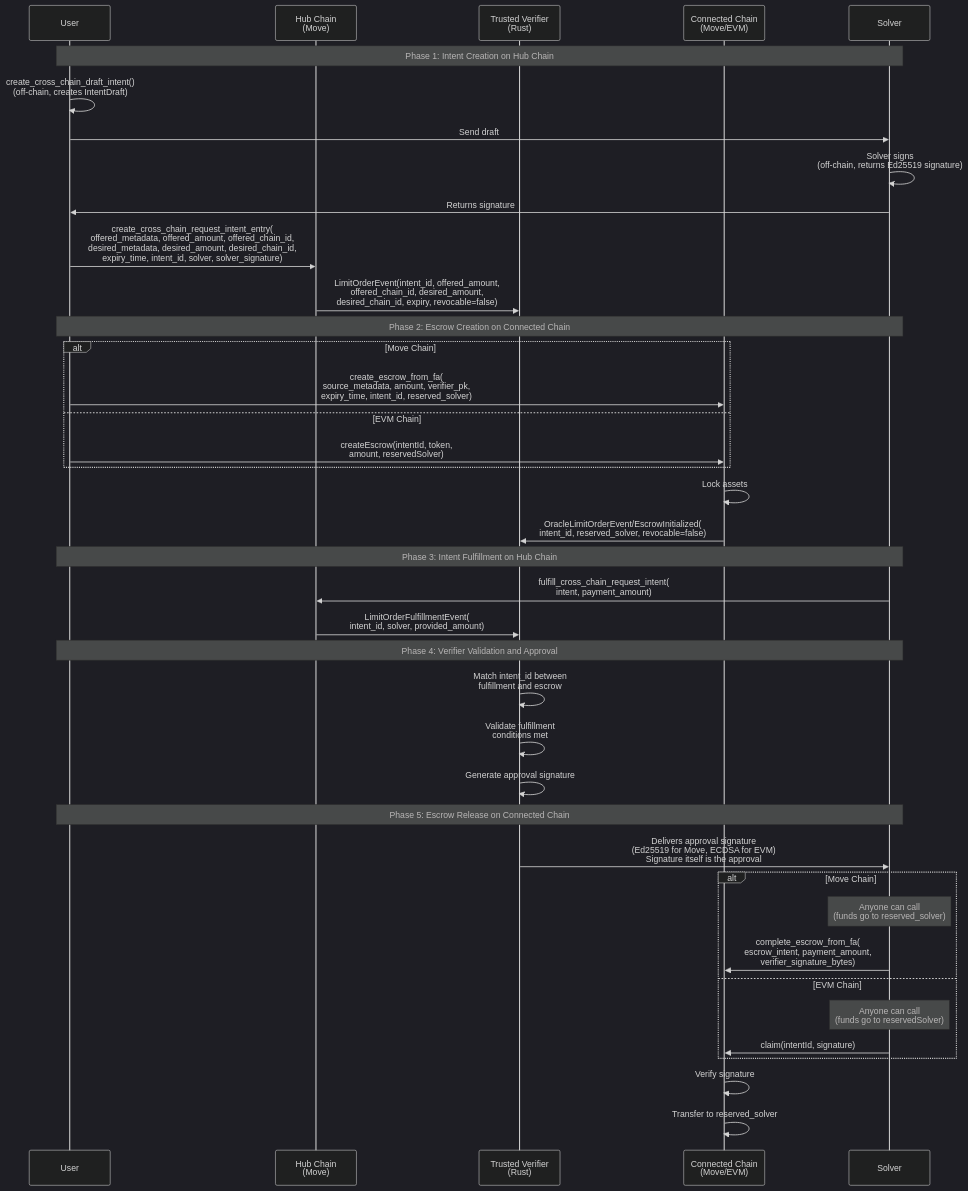
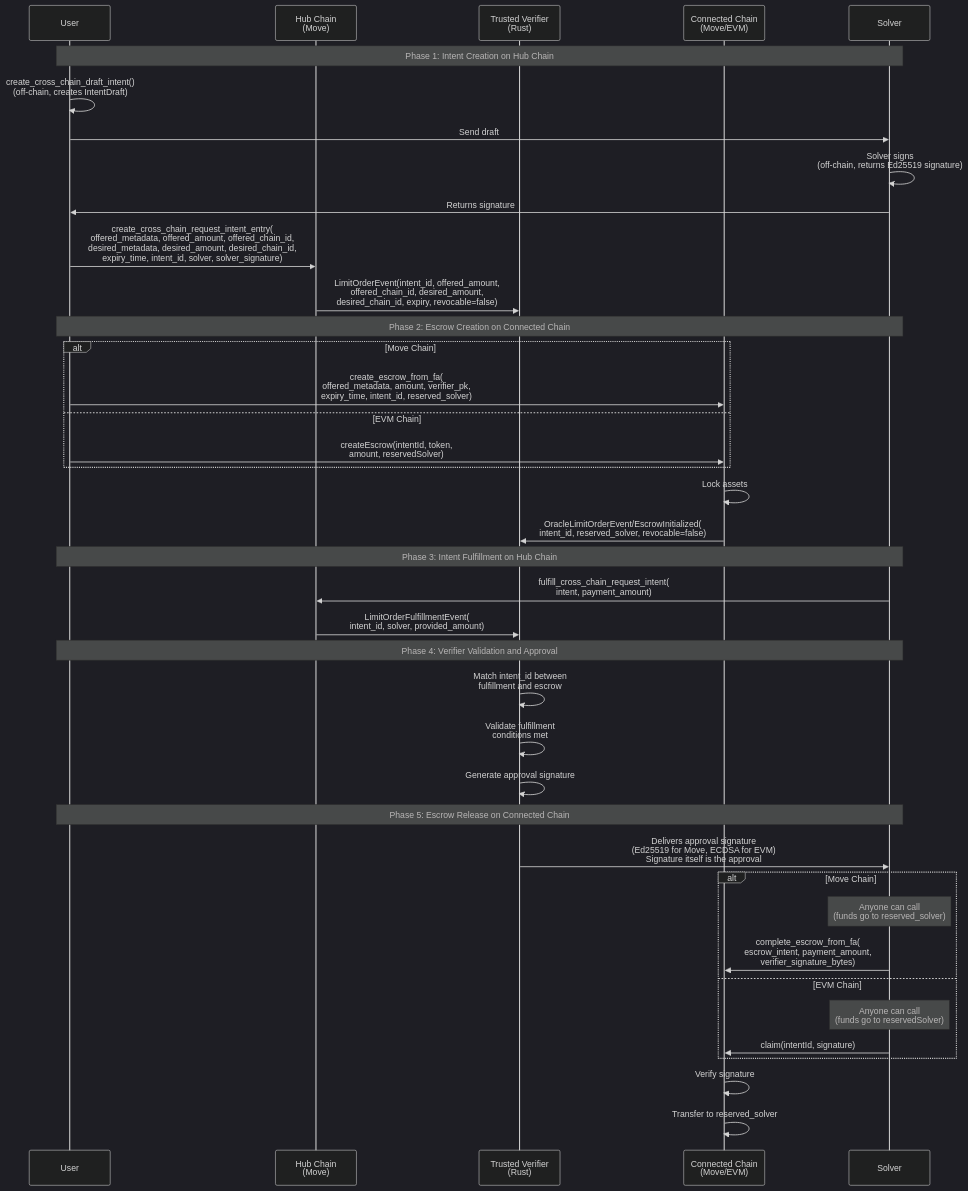
One commit to movementlabsxyz/intent-framework changed the first of 2 diagrams in docs/protocol.md. Above: the diagram before and after it, drawn with Mermaid (dark theme). The commit also changed 13 other files, not shown here.

First line of the commit message:
refactor: rename 'source_' to 'offered_' and add desired amount validation tests

````diff
--- a/docs/protocol.md
+++ b/docs/protocol.md
@@ -29,46 +29,46 @@
 ```mermaid
 sequenceDiagram
     participant User
     participant Hub as Hub Chain<br/>(Move)
     participant Verifier as Trusted Verifier<br/>(Rust)
     participant Connected as Connected Chain<br/>(Move/EVM)
     participant Solver
 
     Note over User,Solver: Phase 1: Intent Creation on Hub Chain
     User->>User: create_cross_chain_draft_intent()<br/>(off-chain, creates IntentDraft)
     User->>Solver: Send draft
     Solver->>Solver: Solver signs<br/>(off-chain, returns Ed25519 signature)
     Solver->>User: Returns signature
     User->>Hub: create_cross_chain_request_intent_entry(<br/>offered_metadata, offered_amount, offered_chain_id,<br/>desired_metadata, desired_amount, desired_chain_id,<br/>expiry_time, intent_id, solver, solver_signature)
     Hub->>Verifier: LimitOrderEvent(intent_id, offered_amount,<br/>offered_chain_id, desired_amount,<br/>desired_chain_id, expiry, revocable=false)
 
     Note over User,Solver: Phase 2: Escrow Creation on Connected Chain
     alt Move Chain
-        User->>Connected: create_escrow_from_fa(<br/>source_metadata, amount, verifier_pk,<br/>expiry_time, intent_id, reserved_solver)
+        User->>Connected: create_escrow_from_fa(<br/>offered_metadata, amount, verifier_pk,<br/>expiry_time, intent_id, reserved_solver)
     else EVM Chain
         User->>Connected: createEscrow(intentId, token,<br/>amount, reservedSolver)
     end
     Connected->>Connected: Lock assets
     Connected->>Verifier: OracleLimitOrderEvent/EscrowInitialized(<br/>intent_id, reserved_solver, revocable=false)
 
     Note over User,Solver: Phase 3: Intent Fulfillment on Hub Chain
     Solver->>Hub: fulfill_cross_chain_request_intent(<br/>intent, payment_amount)
     Hub->>Verifier: LimitOrderFulfillmentEvent(<br/>intent_id, solver, provided_amount)
 
     Note over User,Solver: Phase 4: Verifier Validation and Approval
     Verifier->>Verifier: Match intent_id between<br/>fulfillment and escrow
     Verifier->>Verifier: Validate fulfillment<br/>conditions met
     Verifier->>Verifier: Generate approval signature
 
     Note over User,Solver: Phase 5: Escrow Release on Connected Chain
     Verifier->>Solver: Delivers approval signature<br/>(Ed25519 for Move, ECDSA for EVM)<br/>Signature itself is the approval
     alt Move Chain
         Note over Solver: Anyone can call<br/>(funds go to reserved_solver)
         Solver->>Connected: complete_escrow_from_fa(<br/>escrow_intent, payment_amount,<br/>verifier_signature_bytes)
     else EVM Chain
         Note over Solver: Anyone can call<br/>(funds go to reservedSolver)
         Solver->>Connected: claim(intentId, signature)
     end
     Connected->>Connected: Verify signature
     Connected->>Connected: Transfer to reserved_solver
 ```
````
